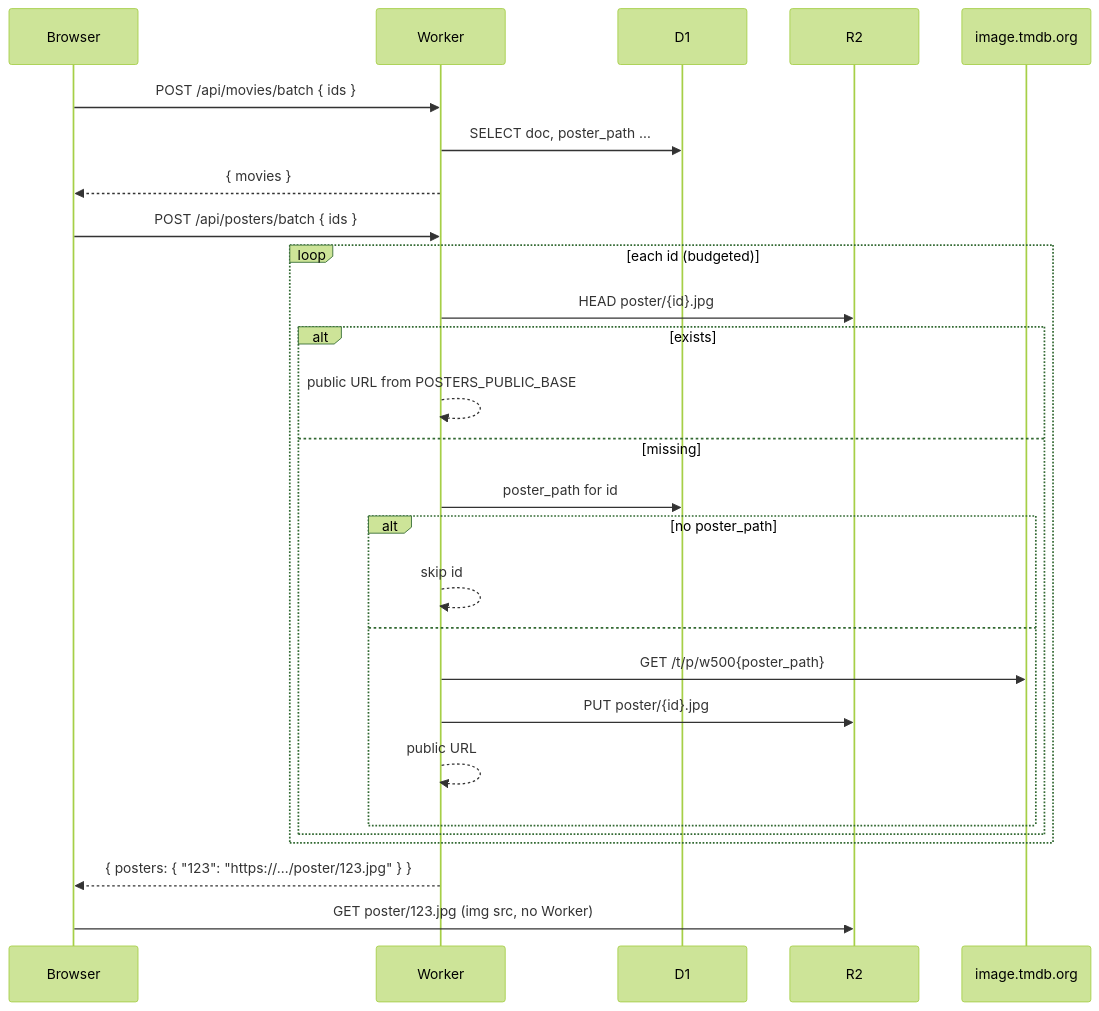
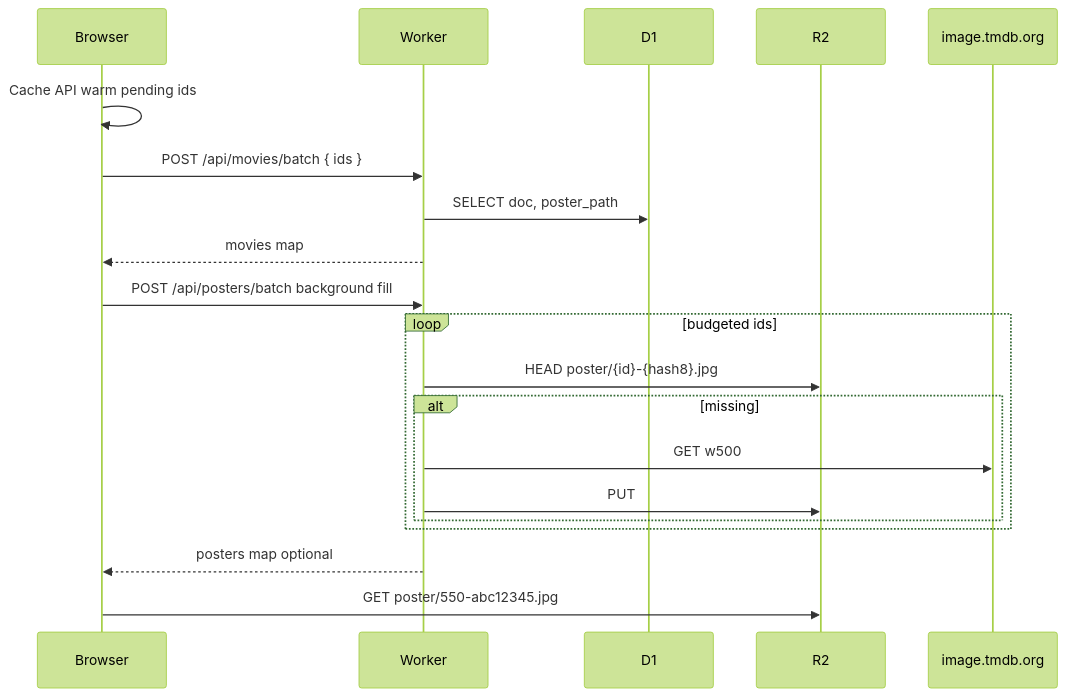
The diagram in plans/r2-poster-cache.md (kravse/filmfroggies), drawn with Mermaid (forest theme) before and after one commit. The commit also changed other lines of this file and 3 other files, not shown here.

````diff
--- a/plans/r2-poster-cache.md
+++ b/plans/r2-poster-cache.md
@@ -105,32 +15,25 @@
 ```mermaid
 sequenceDiagram
   participant Browser
   participant Worker
   participant D1
   participant R2
   participant TMDB_CDN as image.tmdb.org
 
+  Browser->>Browser: Cache API warm pending ids
   Browser->>Worker: POST /api/movies/batch { ids }
-  Worker->>D1: SELECT doc, poster_path …
-  Worker-->>Browser: { movies }
+  Worker->>D1: SELECT doc, poster_path
+  Worker-->>Browser: movies map
 
-  Browser->>Worker: POST /api/posters/batch { ids }
-  loop each id (budgeted)
-    Worker->>R2: HEAD poster/{id}.jpg
-    alt exists
-      Worker-->>Worker: public URL from POSTERS_PUBLIC_BASE
-    else missing
-      Worker->>D1: poster_path for id
-      alt no poster_path
-        Worker-->>Worker: skip id
-      else
-        Worker->>TMDB_CDN: GET /t/p/w500{poster_path}
-        Worker->>R2: PUT poster/{id}.jpg
-        Worker-->>Worker: public URL
-      end
+  Browser->>Worker: POST /api/posters/batch background fill
+  loop budgeted ids
+    Worker->>R2: HEAD poster/{id}-{hash8}.jpg
+    alt missing
+      Worker->>TMDB_CDN: GET w500
+      Worker->>R2: PUT
     end
   end
-  Worker-->>Browser: { posters: { "123": "https://…/poster/123.jpg" } }
+  Worker-->>Browser: posters map optional
 
-  Browser->>R2: GET poster/123.jpg (img src, no Worker)
+  Browser->>R2: GET poster/550-abc12345.jpg
 ```
````
